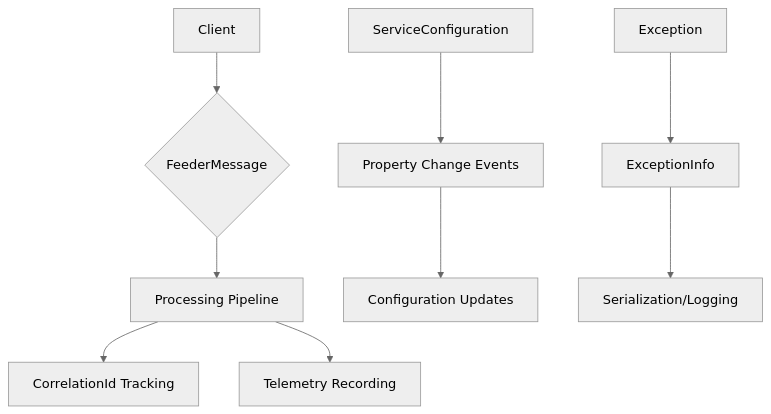
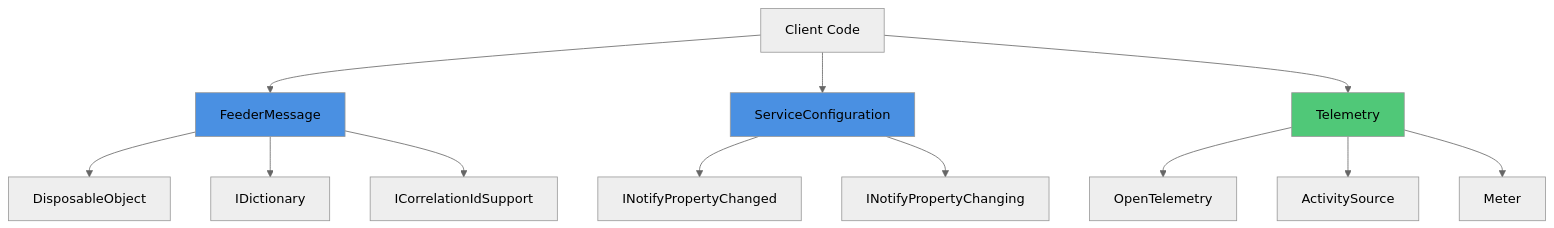
The first of 4 diagrams in docs/BuildingBlocks.Application/README.md (KiarashMinoo/ThunderPropagator.BuildingBlocks), drawn with Mermaid (neutral theme) before and after one commit. The commit also changed other lines of this file and 13 other files, not shown here.

````diff
--- a/docs/BuildingBlocks.Application/README.md
+++ b/docs/BuildingBlocks.Application/README.md
@@ -172,13 +269,20 @@
 ```mermaid
 graph TD
-    A[Client] --> B{FeederMessage}
-    B --> C[Processing Pipeline]
-    C --> D[CorrelationId Tracking]
-    C --> E[Telemetry Recording]
-
-    F[ServiceConfiguration] --> G[Property Change Events]
-    G --> H[Configuration Updates]
-
-    I[Exception] --> J[ExceptionInfo]
-    J --> K[Serialization/Logging]
+    A[FeederMessage] --> B[DisposableObject]
+    C[ServiceConfiguration] --> D[INotifyPropertyChanged]
+    C --> E[INotifyPropertyChanging]
+    F[Telemetry] --> G[OpenTelemetry]
+    F --> H[ActivitySource]
+    F --> I[Meter]
+    
+    J[Client Code] --> A
+    J --> C
+    J --> F
+    
+    A --> K[IDictionary]
+    A --> L[ICorrelationIdSupport]
+    
+    style A fill:#4a90e2
+    style C fill:#4a90e2
+    style F fill:#50c878
 ```
````
